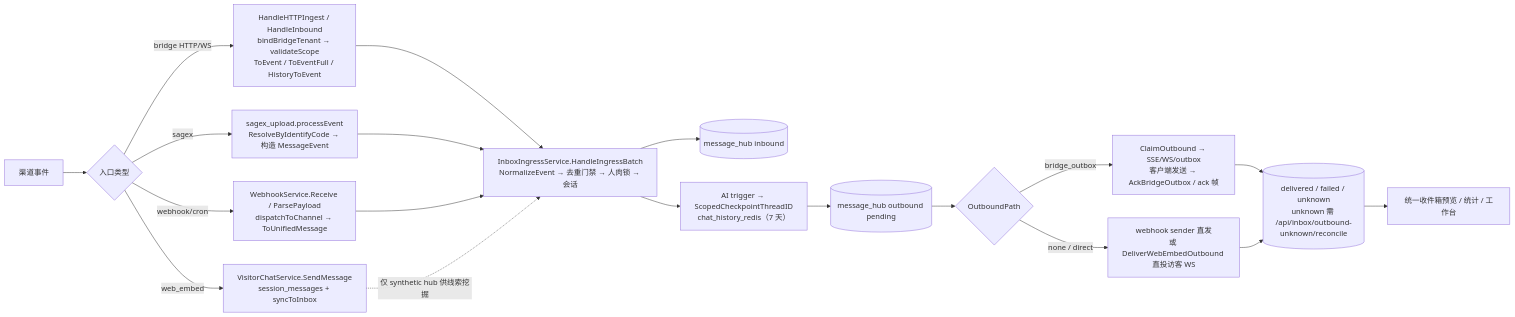
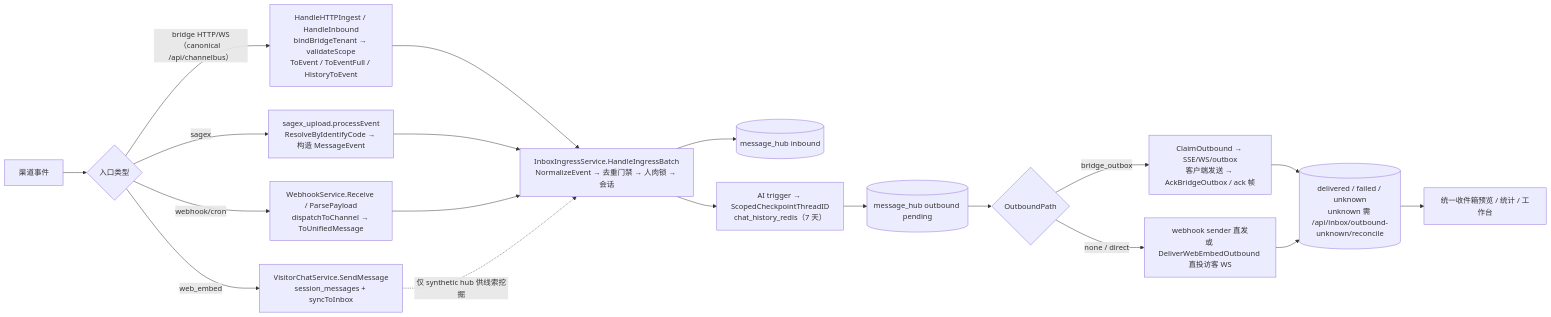
One commit to xiaofang142/hivemtk changed the second of 5 diagrams in docs/architecture/UNIFIED_CHANNEL_MESSAGE_BUS.md. Above: the diagram before and after it, drawn with Mermaid. The commit also changed other lines of this file and 35 other files, not shown here.

````diff
--- a/docs/architecture/UNIFIED_CHANNEL_MESSAGE_BUS.md
+++ b/docs/architecture/UNIFIED_CHANNEL_MESSAGE_BUS.md
@@ -90,21 +96,21 @@
 ```mermaid
 flowchart LR
     A[渠道事件] --> B{入口类型}
-    B -->|bridge HTTP/WS| C["HandleHTTPIngest / HandleInbound<br/>bindBridgeTenant → validateScope<br/>ToEvent / ToEventFull / HistoryToEvent"]
+    B -->|bridge HTTP/WS（canonical /api/channelbus）| C["HandleHTTPIngest / HandleInbound<br/>bindBridgeTenant → validateScope<br/>ToEvent / ToEventFull / HistoryToEvent"]
     B -->|sagex| D["sagex_upload.processEvent<br/>ResolveByIdentifyCode → 构造 MessageEvent"]
     B -->|webhook/cron| E["WebhookService.Receive / ParsePayload<br/>dispatchToChannel → ToUnifiedMessage"]
     B -->|web_embed| F["VisitorChatService.SendMessage<br/>session_messages + syncToInbox"]
     C --> G["InboxIngressService.HandleIngressBatch<br/>NormalizeEvent → 去重门禁 → 人肉锁 → 会话"]
     D --> G
     E --> G
     F -.仅 synthetic hub 供线索挖掘.-> G
     G --> H[("message_hub inbound")]
     G --> I["AI trigger → ScopedCheckpointThreadID<br/>chat_history_redis（7 天）"]
     I --> J[("message_hub outbound pending")]
     J --> K{OutboundPath}
     K -->|bridge_outbox| L["ClaimOutbound → SSE/WS/outbox<br/>客户端发送 → AckBridgeOutbox / ack 帧"]
     K -->|none / direct| M["webhook sender 直发<br/>或 DeliverWebEmbedOutbound 直投访客 WS"]
     L --> N[("delivered / failed / unknown<br/>unknown 需 /api/inbox/outbound-unknown/reconcile")]
     M --> N
     N --> O["统一收件箱预览 / 统计 / 工作台"]
 ```
````
